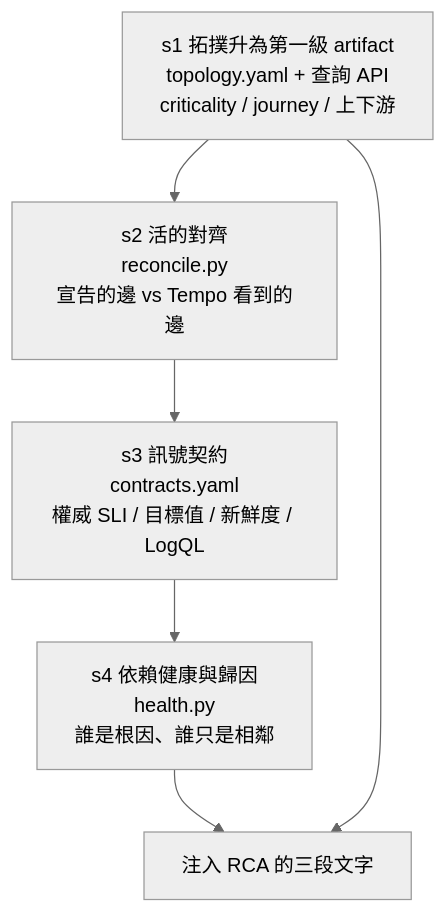
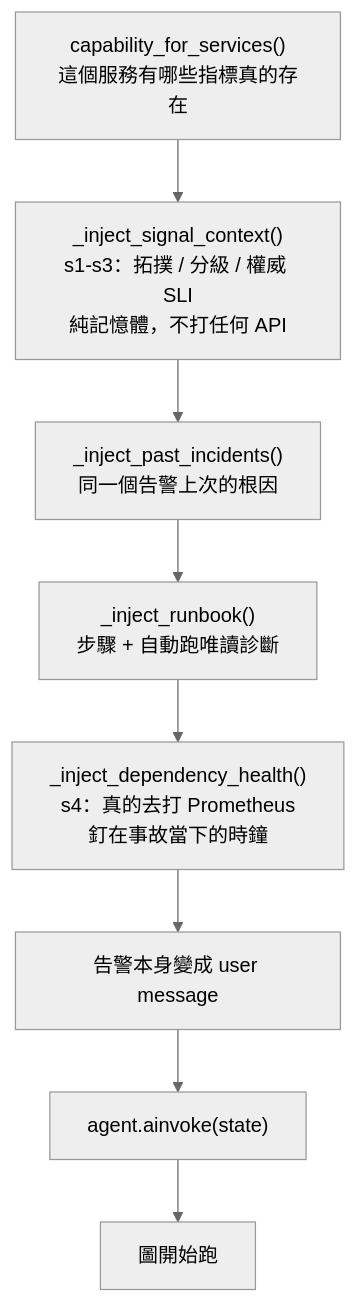
One commit to tedmax100/o11y-bench changed the first of 3 diagrams in weaver-demo/ironman-2026/day21.md. Above: the diagram before and after it, drawn with Mermaid (neutral theme). The commit also changed other lines of this file and 29 other files, not shown here.

````diff
--- a/weaver-demo/ironman-2026/day21.md
+++ b/weaver-demo/ironman-2026/day21.md
@@ -22,10 +66,10 @@
 ```mermaid
 flowchart TB
-    S1["s1 拓撲升為第一級 artifact<br/>topology.yaml + 查詢 API<br/>criticality / journey / 上下游"]
-    S2["s2 活的對齊<br/>reconcile.py<br/>宣告的邊 vs Tempo 看到的邊"]
-    S3["s3 訊號契約<br/>contracts.yaml<br/>權威 SLI / 目標值 / 新鮮度 / LogQL"]
-    S4["s4 依賴健康與歸因<br/>health.py<br/>誰是根因、誰只是相鄰"]
-    S1 --> S2 --> S3 --> S4
-    S4 --> OUT["注入 RCA 的三段文字"]
-    S1 --> OUT
+    A["capability_for_services()<br/>這個服務有哪些指標真的存在"] --> B["_inject_signal_context()<br/>s1-s3：拓撲 / 分級 / 權威 SLI<br/>純記憶體，不打任何 API"]
+    B --> C["_inject_past_incidents()<br/>同一個告警上次的根因"]
+    C --> D["_inject_runbook()<br/>步驟 + 自動跑唯讀診斷"]
+    D --> E["_inject_dependency_health()<br/>s4：真的去打 Prometheus<br/>釘在事故當下的時鐘"]
+    E --> F["告警本身變成 user message"]
+    F --> G["agent.ainvoke(state)"]
+    G --> H["圖開始跑"]
 ```
````
